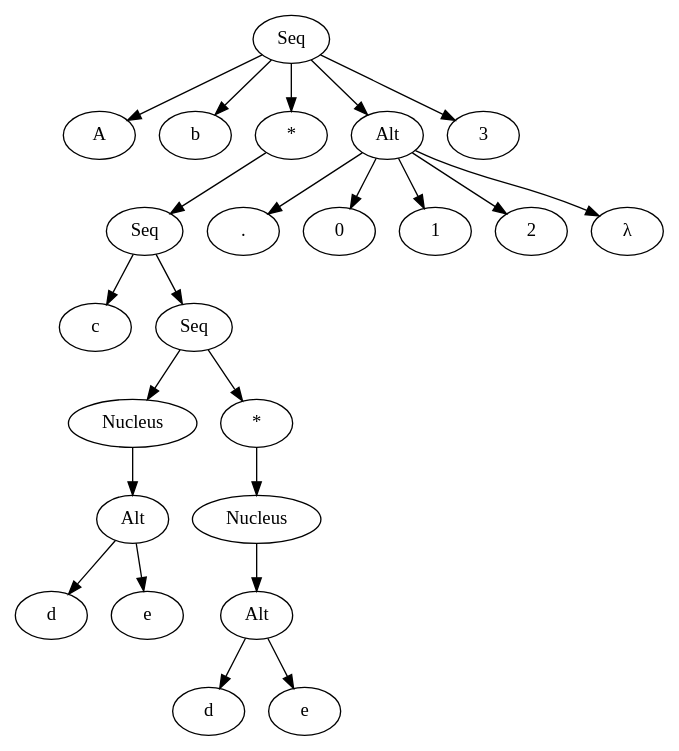
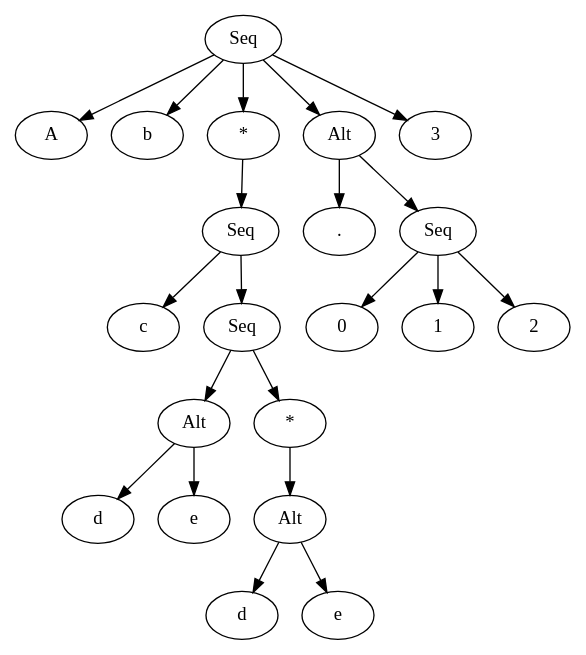
The diagram in regex_simpl.dot (fisherdarling/WRECK), drawn with Graphviz before and after one commit. The commit also changed 1 other file, not shown here.

```diff
--- a/regex_simpl.dot
+++ b/regex_simpl.dot
@@ -1,47 +1,43 @@
 digraph {
     0 [label="Seq"]
     1 [label="A"]
     2 [label="b"]
     3 [label="*"]
     4 [label="Seq"]
     5 [label="c"]
     6 [label="Seq"]
-    7 [label="Nucleus"]
-    8 [label="Alt"]
-    9 [label="d"]
-    10 [label="e"]
-    11 [label="*"]
-    12 [label="Nucleus"]
-    13 [label="Alt"]
-    14 [label="d"]
-    15 [label="e"]
-    16 [label="Alt"]
-    17 [label="."]
-    18 [label="0"]
-    19 [label="1"]
-    20 [label="2"]
-    21 [label="λ"]
-    22 [label="3"]
+    7 [label="Alt"]
+    8 [label="d"]
+    9 [label="e"]
+    10 [label="*"]
+    11 [label="Alt"]
+    12 [label="d"]
+    13 [label="e"]
+    14 [label="Alt"]
+    15 [label="."]
+    16 [label="Seq"]
+    17 [label="0"]
+    18 [label="1"]
+    19 [label="2"]
+    20 [label="3"]
     0 -> 1
     0 -> 2
     0 -> 3
     3 -> 4
     4 -> 5
     4 -> 6
     6 -> 7
     7 -> 8
-    8 -> 9
-    8 -> 10
-    6 -> 11
+    7 -> 9
+    6 -> 10
+    10 -> 11
     11 -> 12
-    12 -> 13
-    13 -> 14
-    13 -> 15
-    0 -> 16
+    11 -> 13
+    0 -> 14
+    14 -> 15
+    14 -> 16
     16 -> 17
     16 -> 18
     16 -> 19
-    16 -> 20
-    16 -> 21
-    0 -> 22
+    0 -> 20
 }
```
